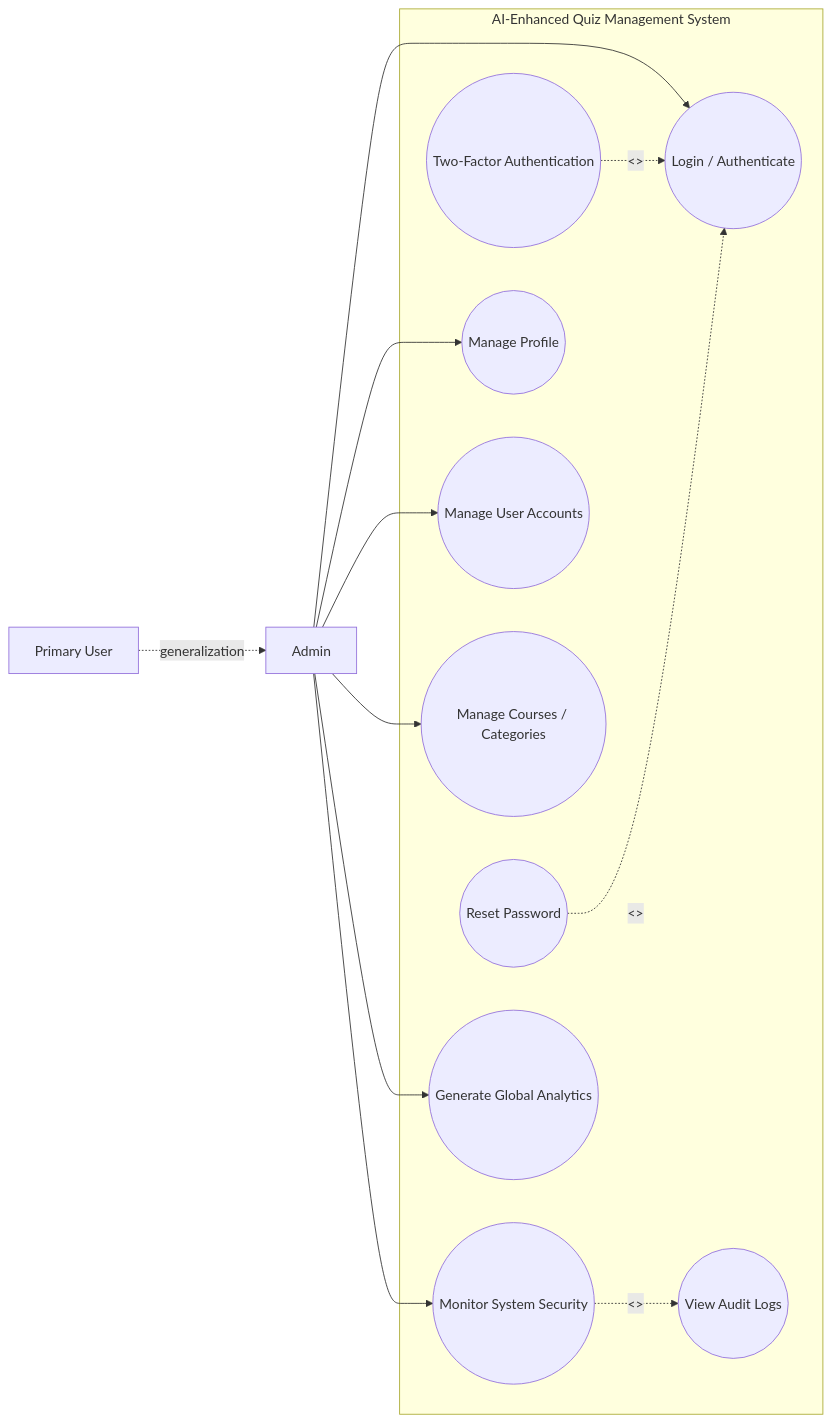
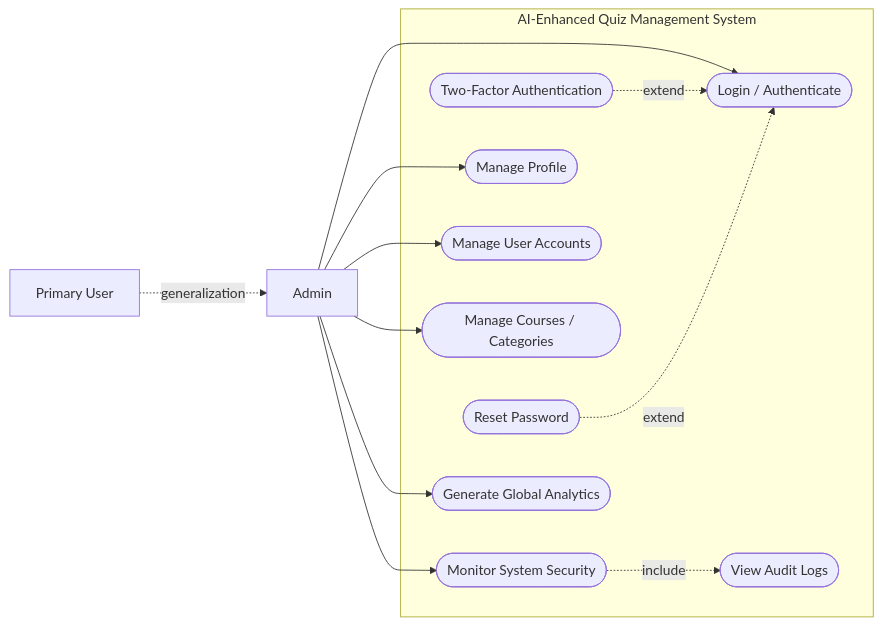
One commit to Pakeeza1508/OOAD_Project changed the diagram in admin.md. Above: the diagram before and after it, drawn with Mermaid. The commit also changed other lines of this file, not shown here.

````diff
--- a/admin.md
+++ b/admin.md
@@ -5,36 +5,36 @@
 ```mermaid
 flowchart LR
 	%% Actors
-	PU[Primary User]
-	A[Admin]
+	PU["Primary User"]
+	A["Admin"]
 
 	%% System Boundary
-	subgraph SYS[AI-Enhanced Quiz Management System]
-		L((Login / Authenticate))
-		T((Two-Factor Authentication))
-		R((Reset Password))
-		P((Manage Profile))
+	subgraph SYS["AI-Enhanced Quiz Management System"]
+		L(["Login / Authenticate"])
+		T(["Two-Factor Authentication"])
+		R(["Reset Password"])
+		P(["Manage Profile"])
 
-		U((Manage User Accounts))
-		C((Manage Courses / Categories))
-		S((Monitor System Security))
-		V((View Audit Logs))
-		G((Generate Global Analytics))
+		U(["Manage User Accounts"])
+		C(["Manage Courses / Categories"])
+		S(["Monitor System Security"])
+		V(["View Audit Logs"])
+		G(["Generate Global Analytics"])
 	end
 
 	%% Generalization (Actor inheritance)
 	PU -. generalization .-> A
 
 	%% Actor Associations
 	A --> L
 	A --> P
 	A --> U
 	A --> C
 	A --> S
 	A --> G
 
 	%% UML-style Relationships
-	T -. <<extend>> .-> L
-	R -. <<extend>> .-> L
-	S -. <<include>> .-> V
+	T -. "extend" .-> L
+	R -. "extend" .-> L
+	S -. "include" .-> V
 ```
````
